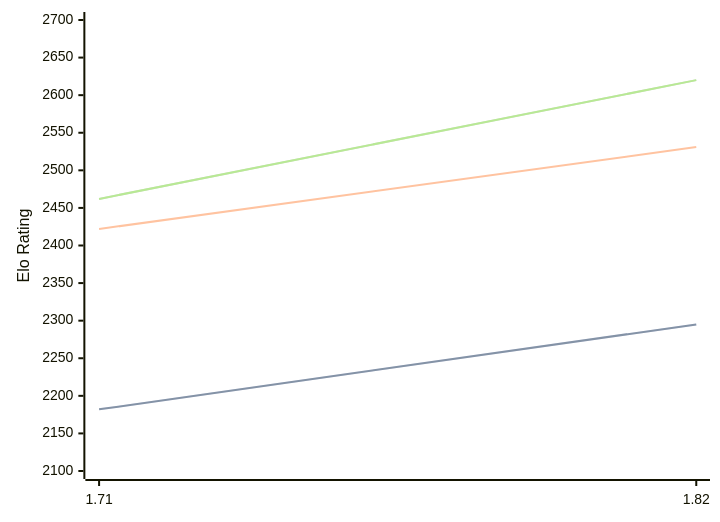
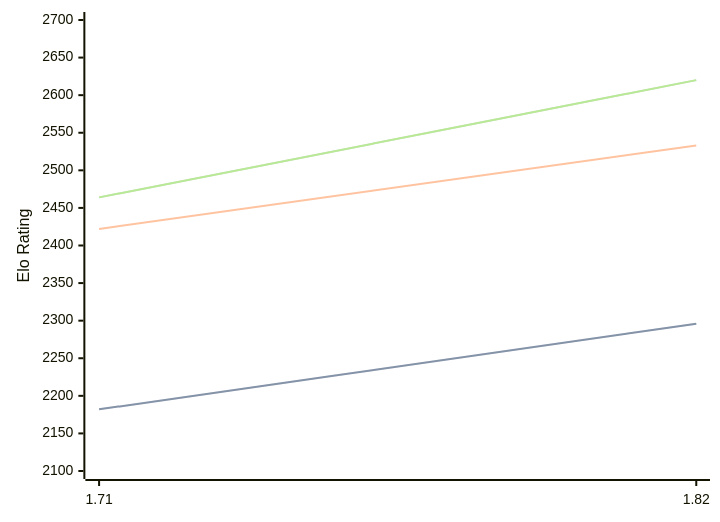
The diagram in engines/Amira.md (computer-chess-index/cci), drawn with Mermaid before and after one commit. The commit also changed other lines of this file, not shown here.

Commit message:
Update CCI Ratings (ELO VLTC) - 2026-08-21

````diff
--- a/engines/Amira.md
+++ b/engines/Amira.md
@@ -32,11 +32,11 @@
 ```mermaid
 %%{init: {"theme":"base","themeVariables":{"seriesColors:['#a3a3a3','#222221','#faa371']}}}%%
 xychart-beta
   x-axis ["1.71", "1.82"]
   y-axis "Elo Rating" 2100 --> 2700
-  line "STC (8.0+0.08s)" [2182, 2295]
-  line "STC (8.0+0.08s)" [2182, 2295]
-  line "LTC (60.0+0.60s)" [2422, 2531]
-  line "VLTC (2m24s+1.12s)" [2462, 2620]
-  line "VLTC (2m24s+1.12s)" [2462, 2620]
+  line "STC (8.0+0.08s)" [2182, 2296]
+  line "STC (8.0+0.08s)" [2182, 2296]
+  line "LTC (60.0+0.60s)" [2422, 2533]
+  line "VLTC (2m24s+1.12s)" [2464, 2620]
+  line "VLTC (2m24s+1.12s)" [2464, 2620]
 ```
````
